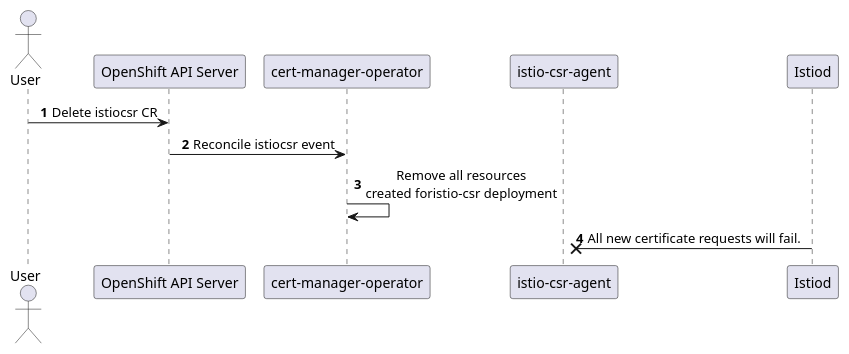
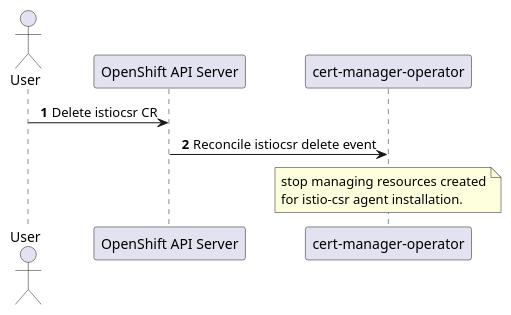
Before and after one commit to openshift/enhancements: the diagram in enhancements/cert-manager/istio-csr-delete.puml, drawn with PlantUML. The commit also changed 2 other files, not shown here.

```diff
--- a/enhancements/cert-manager/istio-csr-delete.puml
+++ b/enhancements/cert-manager/istio-csr-delete.puml
@@ -1,19 +1,19 @@
 @startuml
 'https://plantuml.com/sequence-diagram
 
 skinparam sequenceMessageAlign center
 
 autonumber
 
 actor User
 participant "OpenShift API Server" as API
 participant "cert-manager-operator" as Operator
-participant "istio-csr-agent" as IstioCSROperand
-participant "Istiod" as Istiod
 
 User -> API : Delete istiocsr CR
-API -> Operator : Reconcile istiocsr event
-Operator -> Operator : Remove all resources\ncreated foristio-csr deployment
-Istiod ->x IstioCSROperand : All new certificate requests will fail.
+API -> Operator : Reconcile istiocsr delete event
+note over Operator
+stop managing resources created
+for istio-csr agent installation.
+endnote
 
 @enduml
```
